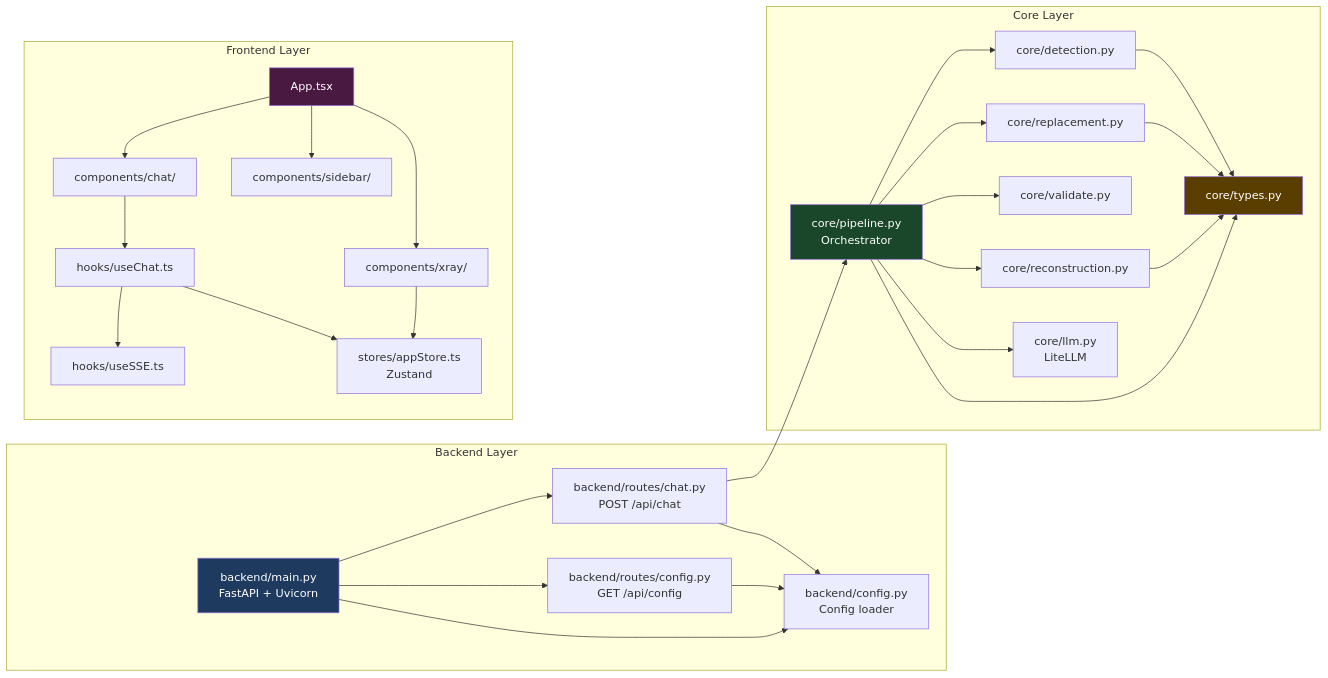
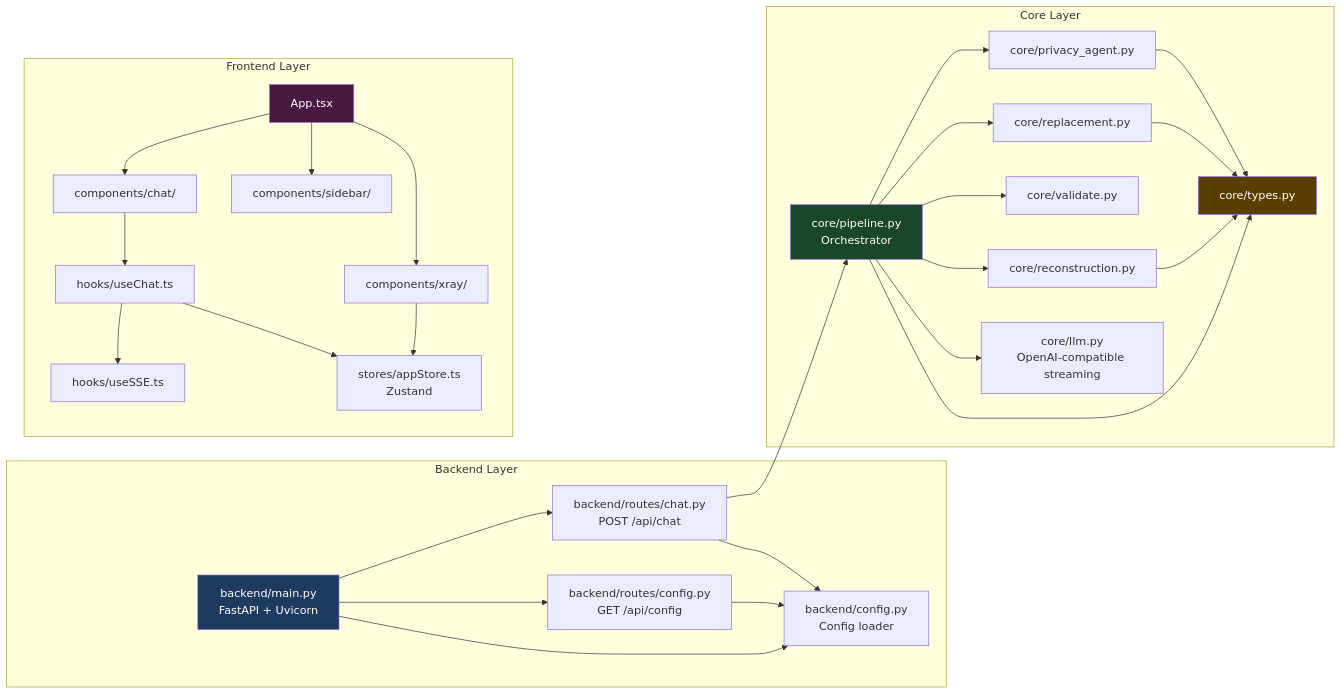
Before and after one commit to itzrnvr/CloakChat: the sixth of 6 diagrams in diagrams.md, drawn with Mermaid. The commit also changed other lines of this file and 72 other files, not shown here.

First line of the commit message:
feat: PydanticAI privacy agent, clarification flow, debug tracing, verification

````diff
--- a/diagrams.md
+++ b/diagrams.md
@@ -279,59 +290,59 @@
 ```mermaid
 graph LR
     subgraph "Backend Layer"
         main["backend/main.py\nFastAPI + Uvicorn"]
         cfg["backend/config.py\nConfig loader"]
         chat["backend/routes/chat.py\nPOST /api/chat"]
         configRoute["backend/routes/config.py\nGET /api/config"]
     end
 
     subgraph "Core Layer"
         pipeline["core/pipeline.py\nOrchestrator"]
-        detection["core/detection.py"]
+        detection["core/privacy_agent.py"]
         replacement["core/replacement.py"]
         validate["core/validate.py"]
         reconstruction["core/reconstruction.py"]
-        llm["core/llm.py\nLiteLLM"]
+        llm["core/llm.py\nOpenAI-compatible streaming"]
         types["core/types.py"]
     end
 
     subgraph "Frontend Layer"
         App["App.tsx"]
         ChatComp["components/chat/"]
         XRayComp["components/xray/"]
         Sidebar["components/sidebar/"]
         useChat["hooks/useChat.ts"]
         useSSE["hooks/useSSE.ts"]
         appStore["stores/appStore.ts\nZustand"]
     end
 
     main --> chat
     main --> configRoute
     main --> cfg
     chat --> pipeline
     chat --> cfg
     configRoute --> cfg
 
     pipeline --> detection
     pipeline --> replacement
     pipeline --> validate
     pipeline --> reconstruction
     pipeline --> llm
     detection --> types
     replacement --> types
     reconstruction --> types
     pipeline --> types
 
     App --> ChatComp
     App --> XRayComp
     App --> Sidebar
     ChatComp --> useChat
     useChat --> useSSE
     useChat --> appStore
     XRayComp --> appStore
 
     style main fill:#1e3a5f,color:white
     style pipeline fill:#1a472a,color:white
     style App fill:#4a1942,color:white
     style types fill:#5a3e00,color:white
 ```
````
